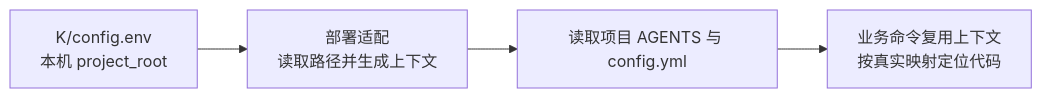
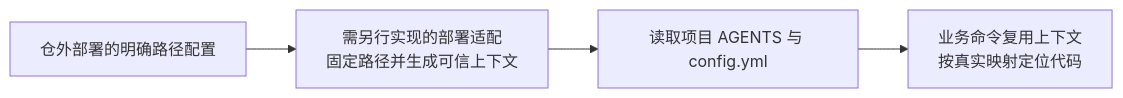
One commit to Robin-hhc/FactumCore changed diagram 19 of 20 in aiotbot-knowledge-wifi-mp/docs-llm-wiki/知识库详细设计.md. Above: the diagram before and after it, drawn with Mermaid. The commit also changed other lines of this file and 115 other files, not shown here.

````diff
--- a/aiotbot-knowledge-wifi-mp/docs-llm-wiki/知识库详细设计.md
+++ b/aiotbot-knowledge-wifi-mp/docs-llm-wiki/知识库详细设计.md
@@ -860,6 +876,6 @@
 ```mermaid
 flowchart LR
-    ENV["K/config.env<br/>本机 project_root"] --> ADAPT["部署适配<br/>读取路径并生成上下文"]
+    ENV["仓外部署的明确路径配置"] --> ADAPT["需另行实现的部署适配<br/>固定路径并生成可信上下文"]
     ADAPT --> MAP["读取项目 AGENTS 与 config.yml"]
     MAP --> USE["业务命令复用上下文<br/>按真实映射定位代码"]
 ```
````
